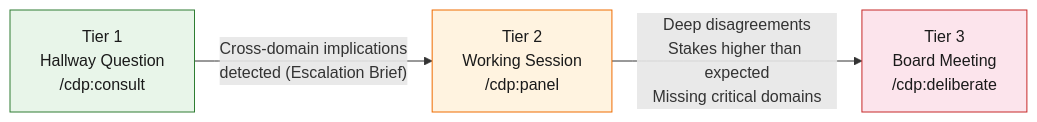
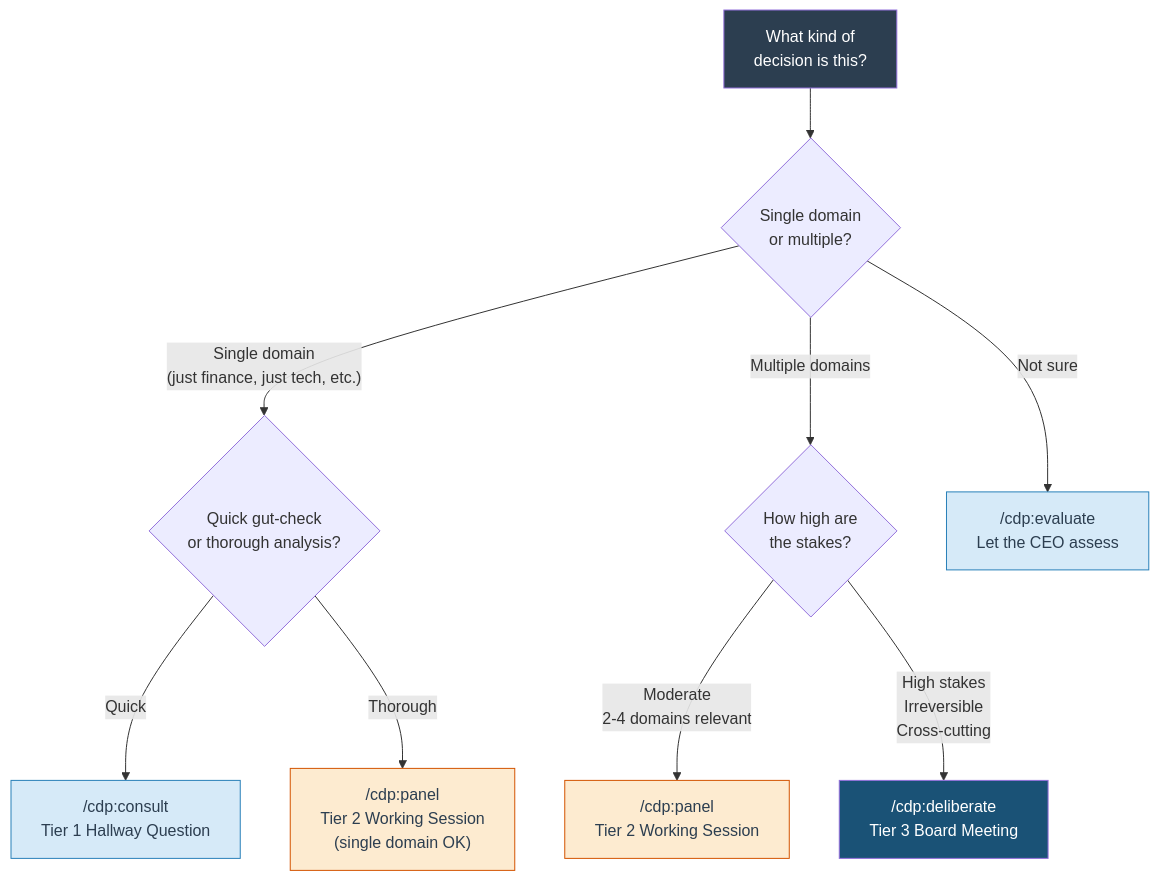
The fourth of 13 diagrams in README.md (apatheticus/corporate-decision-panel), drawn with Mermaid before and after one commit. The commit also changed other lines of this file and 6 other files, not shown here.

````diff
--- a/README.md
+++ b/README.md
@@ -313,13 +469,21 @@
 ```mermaid
-flowchart LR
-    T1["Tier 1\nHallway Question\n/cdp:consult"]
-    T2["Tier 2\nWorking Session\n/cdp:panel"]
-    T3["Tier 3\nBoard Meeting\n/cdp:deliberate"]
+flowchart TD
+    Start["What kind of\ndecision is this?"] --> Q1{"Single domain\nor multiple?"}
 
-    T1 -->|"Cross-domain implications\ndetected (Escalation Brief)"| T2
-    T2 -->|"Deep disagreements\nStakes higher than expected\nMissing critical domains"| T3
+    Q1 -->|"Single domain\n(just finance, just tech, etc.)"| Q2{"Quick gut-check\nor thorough analysis?"}
+    Q1 -->|"Multiple domains"| Q3{"How high are\nthe stakes?"}
+    Q1 -->|"Not sure"| Eval["/cdp:evaluate\nLet the CEO assess"]
 
-    style T1 fill:#e8f5e9,stroke:#2e7d32,color:#1a1a1a
-    style T2 fill:#fff3e0,stroke:#ef6c00,color:#1a1a1a
-    style T3 fill:#fce4ec,stroke:#c62828,color:#1a1a1a
+    Q2 -->|"Quick"| T1["/cdp:consult\nTier 1 Hallway Question"]
+    Q2 -->|"Thorough"| T2P["/cdp:panel\nTier 2 Working Session\n(single domain OK)"]
+
+    Q3 -->|"Moderate\n2-4 domains relevant"| T2["/cdp:panel\nTier 2 Working Session"]
+    Q3 -->|"High stakes\nIrreversible\nCross-cutting"| T3["/cdp:deliberate\nTier 3 Board Meeting"]
+
+    style Start fill:#2C3E50,color:#fff
+    style T1 fill:#D6EAF8,stroke:#2980B9,color:#2C3E50
+    style T2 fill:#FDEBD0,stroke:#D35400,color:#2C3E50
+    style T2P fill:#FDEBD0,stroke:#D35400,color:#2C3E50
+    style T3 fill:#1A5276,color:#fff
+    style Eval fill:#D6EAF8,stroke:#2980B9,color:#2C3E50
 ```
````
